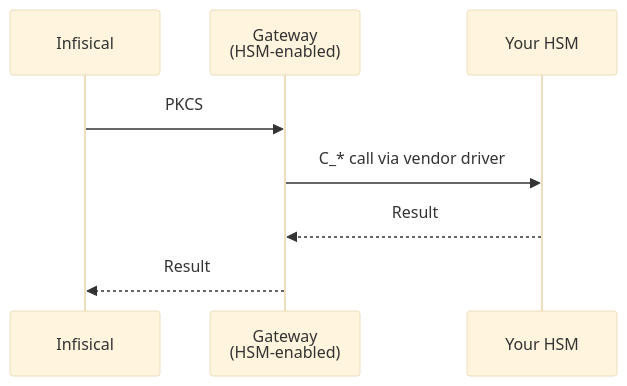
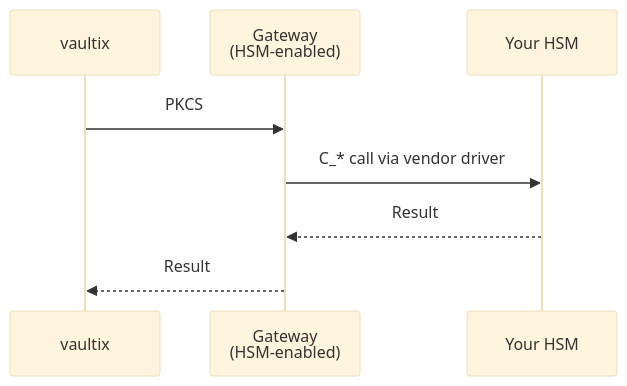
The second of 2 diagrams in core/docs/documentation/platform/pki/settings/hsm-connectors.mdx (shippinAI/vaultix), drawn with Mermaid (base theme) before and after one commit. The commit also changed other lines of this file and 1202 other files, not shown here.

````diff
--- a/core/docs/documentation/platform/pki/settings/hsm-connectors.mdx
+++ b/core/docs/documentation/platform/pki/settings/hsm-connectors.mdx
@@ -31,11 +31,11 @@
 ```mermaid
 sequenceDiagram
-    participant Infisical as Infisical
+    participant vaultix as vaultix
     participant Gateway as Gateway<br/>(HSM-enabled)
     participant HSM as Your HSM
 
-    Infisical->>Gateway: PKCS#11 request via HSM Connector
+    vaultix->>Gateway: PKCS#11 request via HSM Connector
     Gateway->>HSM: C_* call via vendor driver
     HSM-->>Gateway: Result
-    Gateway-->>Infisical: Result
+    Gateway-->>vaultix: Result
 ```
````
